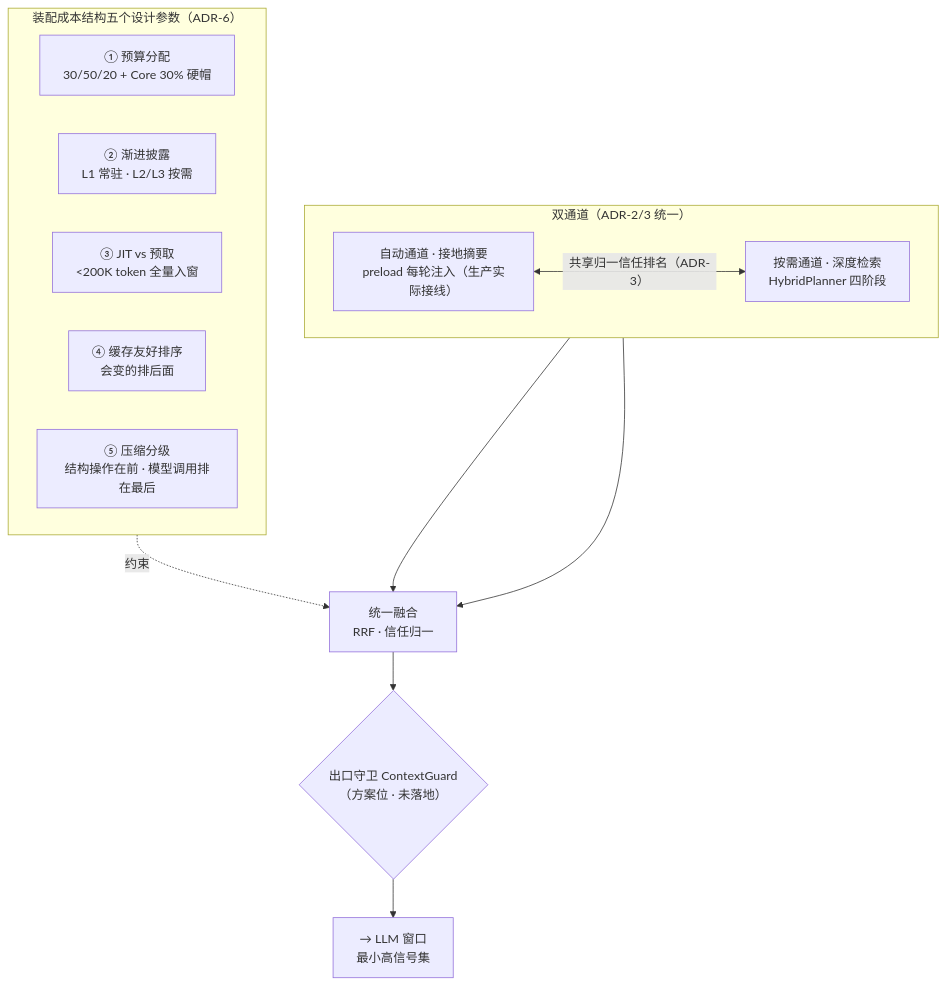
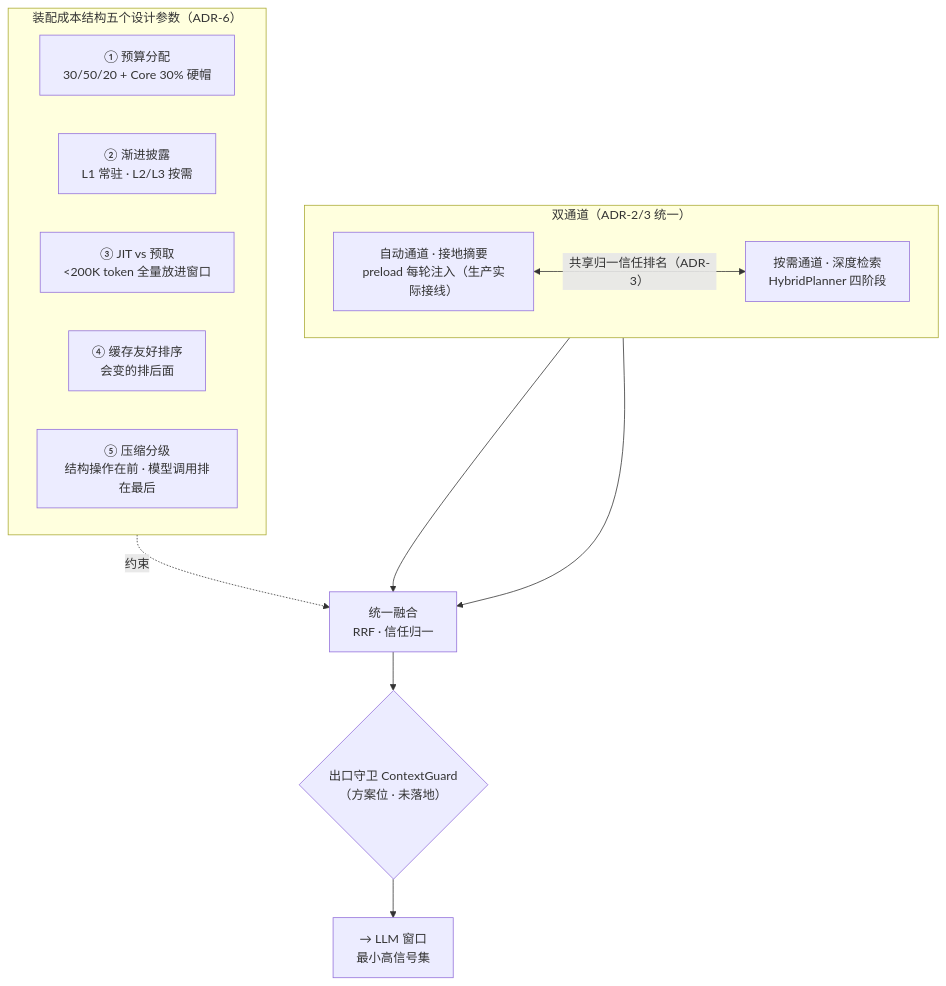
Before and after one commit to ThreeFish-AI/negentropy: the diagram in docs/assets/mermaid/cognitive-context/context-layer--assembly-economics.mmd, drawn with Mermaid. The commit also changed 69 other files, not shown here.

First line of the commit message:
docs(cognitive-context): 013 八张配图随字重渲（candidate 改字，finalize 四门全过，双主题 PNG 重采）;

```diff
--- a/docs/assets/mermaid/cognitive-context/context-layer--assembly-economics.mmd
+++ b/docs/assets/mermaid/cognitive-context/context-layer--assembly-economics.mmd
@@ -1,24 +1,24 @@
 %%source: docs/research/cognitive-context/013-context-layer-blueprint.md §6 装配轴（2026-10-10 重锚：时序四档/预算/缓存/压缩＋宿主更正完整形态；复用图·拓扑未变）
 %%slug: cognitive-context/context-layer--assembly-economics
 %%type: workflow
 %%derived: archify workflow v2, redesigned from v1 assembler-planner（统一激活入口 → 装配成本结构五个设计参数+双通道；v1 见 git 史）
 flowchart TB
     subgraph KNOBS["装配成本结构五个设计参数（ADR-6）"]
         direction LR
         K1["① 预算分配<br/>30/50/20 + Core 30% 硬帽"]
         K2["② 渐进披露<br/>L1 常驻 · L2/L3 按需"]
-        K3["③ JIT vs 预取<br/><200K token 全量入窗"]
+        K3["③ JIT vs 预取<br/><200K token 全量放进窗口"]
         K4["④ 缓存友好排序<br/>会变的排后面"]
         K5["⑤ 压缩分级<br/>结构操作在前 · 模型调用排在最后"]
     end
     subgraph CHANNELS["双通道（ADR-2/3 统一）"]
         direction LR
         CH1["自动通道 · 接地摘要<br/>preload 每轮注入（生产实际接线）"]
         CH2["按需通道 · 深度检索<br/>HybridPlanner 四阶段"]
         CH1 <-->|"共享归一信任排名（ADR-3）"| CH2
     end
     CH1 --> FUSE["统一融合<br/>RRF · 信任归一"]
     CH2 --> FUSE
     FUSE --> GUARD{"出口守卫 ContextGuard<br/>（方案位 · 未落地）"}
     KNOBS -.->|"约束"| FUSE
     GUARD --> LLM["→ LLM 窗口<br/>最小高信号集"]
```
